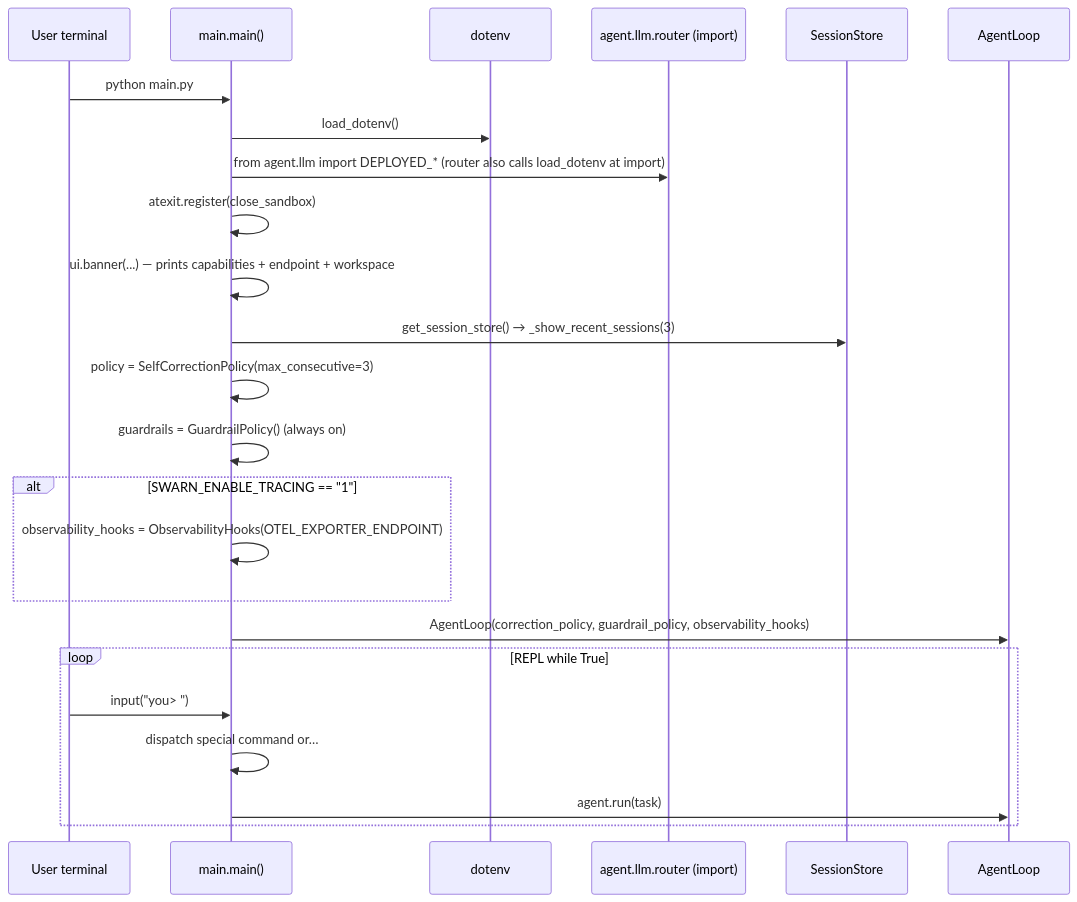
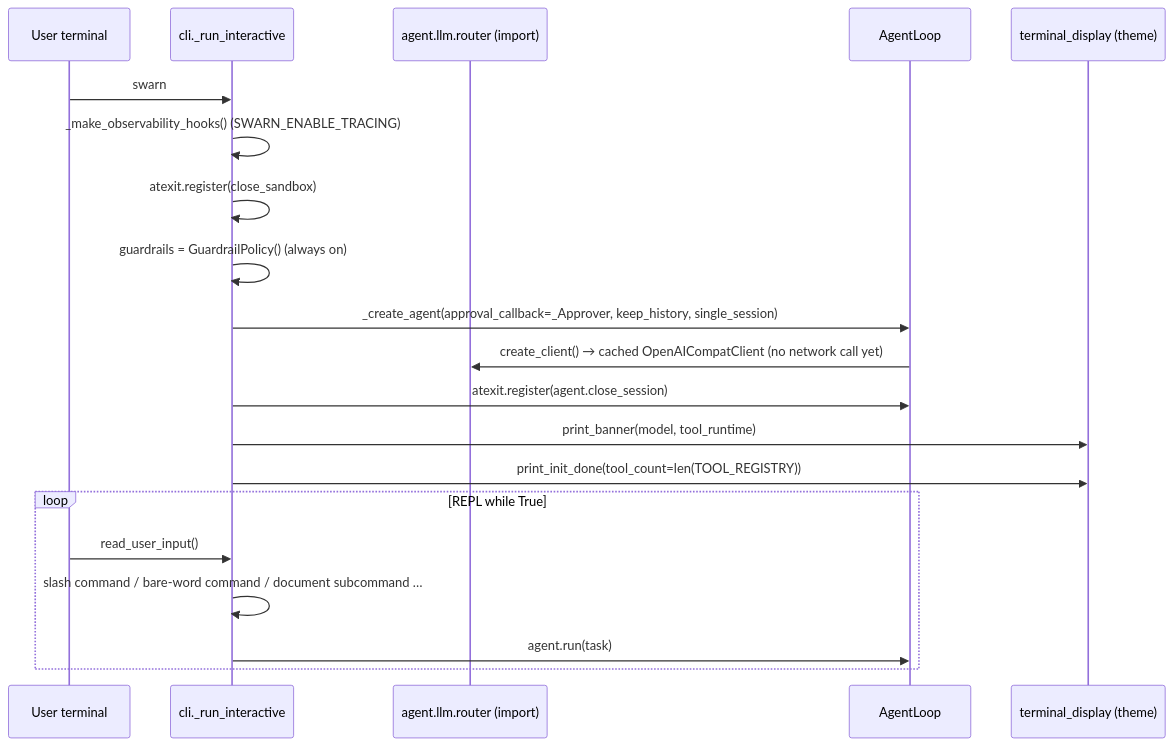
The diagram in docs/LLD/03_Startup_Sequence.md (hypernullvoid-spec/agent2), drawn with Mermaid before and after one commit. The commit also changed other lines of this file and 23 other files, not shown here.

````diff
--- a/docs/LLD/03_Startup_Sequence.md
+++ b/docs/LLD/03_Startup_Sequence.md
@@ -11,27 +18,23 @@
 ```mermaid
 sequenceDiagram
     participant U as User terminal
-    participant M as main.main()
-    participant ENV as dotenv
+    participant M as cli._run_interactive
     participant R as agent.llm.router (import)
-    participant S as SessionStore
     participant A as AgentLoop
+    participant D as terminal_display (theme)
 
-    U->>M: python main.py
-    M->>ENV: load_dotenv()
-    M->>R: from agent.llm import DEPLOYED_*  (router also calls load_dotenv at import)
+    U->>M: swarn
+    M->>M: _make_observability_hooks()   (SWARN_ENABLE_TRACING)
     M->>M: atexit.register(close_sandbox)
-    M->>M: ui.banner(...)  — prints capabilities + endpoint + workspace
-    M->>S: get_session_store() → _show_recent_sessions(3)
-    M->>M: policy = SelfCorrectionPolicy(max_consecutive=3)
     M->>M: guardrails = GuardrailPolicy()   (always on)
-    alt SWARN_ENABLE_TRACING == "1"
-        M->>M: observability_hooks = ObservabilityHooks(OTEL_EXPORTER_ENDPOINT)
-    end
-    M->>A: AgentLoop(correction_policy, guardrail_policy, observability_hooks)
+    M->>A: _create_agent(approval_callback=_Approver, keep_history, single_session)
+    A->>R: create_client() → cached OpenAICompatClient (no network call yet)
+    M->>A: atexit.register(agent.close_session)
+    M->>D: print_banner(model, tool_runtime)
+    M->>D: print_init_done(tool_count=len(TOOL_REGISTRY))
     loop REPL while True
-        U->>M: input("you> ")
-        M->>M: dispatch special command or…
+        U->>M: read_user_input()
+        M->>M: slash command / bare-word command / document subcommand …
         M->>A: agent.run(task)
     end
 ```
````
